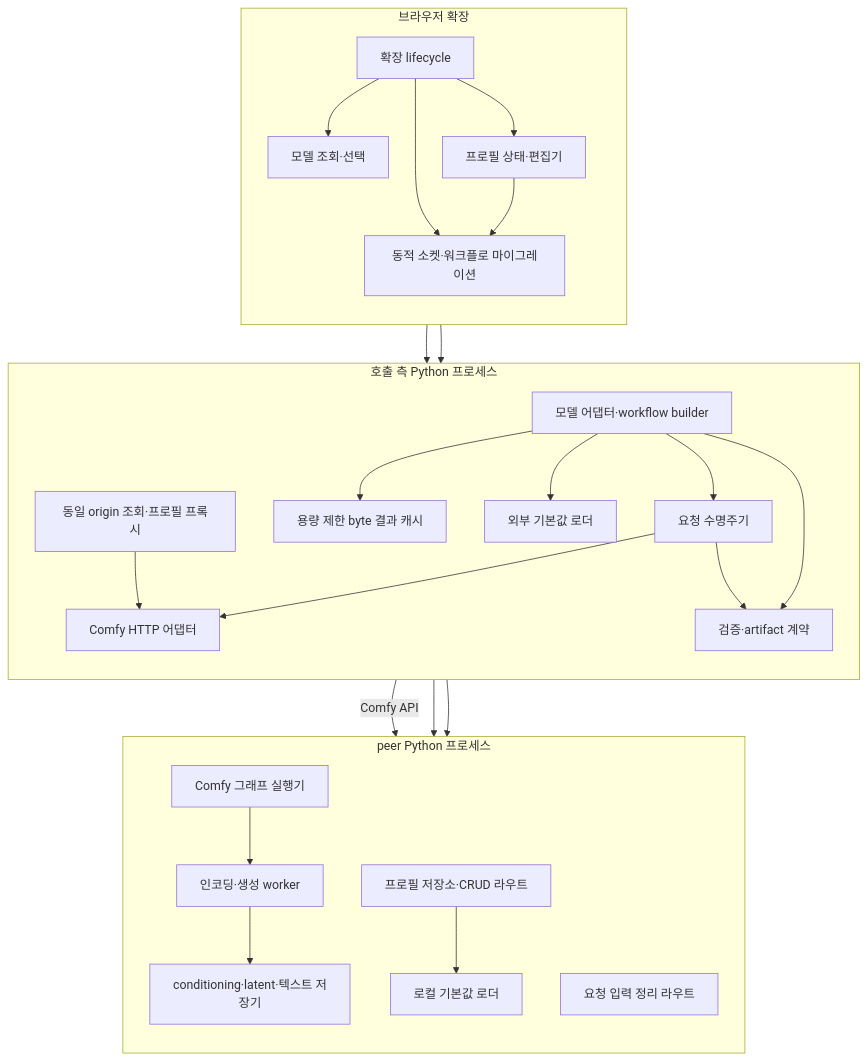
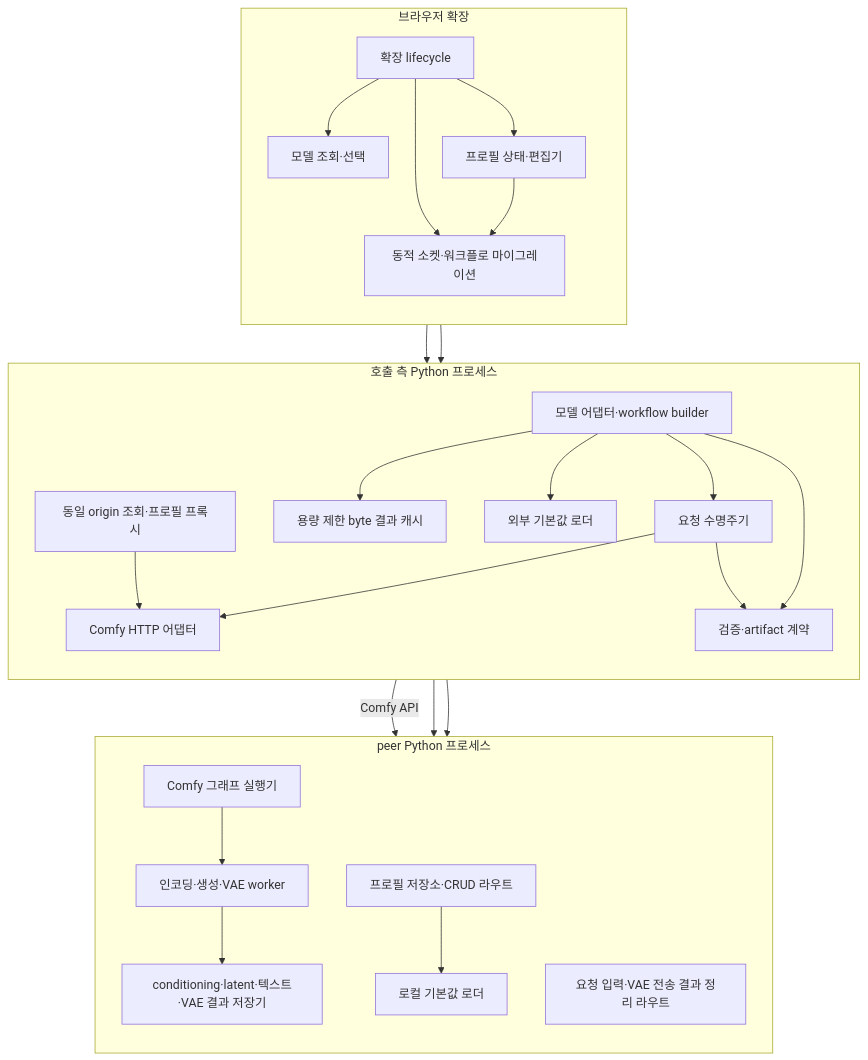
One commit to pollux-o4/RemoteWorker changed the diagram in docs/architecture/03-components.md. Above: the diagram before and after it, drawn with Mermaid. The commit also changed other lines of this file and 64 other files, not shown here.

````diff
--- a/docs/architecture/03-components.md
+++ b/docs/architecture/03-components.md
@@ -3,45 +3,45 @@
 ```mermaid
 flowchart TB
     subgraph Browser[브라우저 확장]
         direction TB
         Entry[확장 lifecycle]
         Choices[모델 조회·선택]
         Profiles[프로필 상태·편집기]
         Sockets[동적 소켓·워크플로 마이그레이션]
         Entry --> Choices
         Entry --> Profiles
         Entry --> Sockets
         Profiles --> Sockets
     end
     subgraph Caller[호출 측 Python 프로세스]
         direction TB
         Adapter[모델 어댑터·workflow builder]
         Execution[요청 수명주기]
         Transport[Comfy HTTP 어댑터]
         Protocol[검증·artifact 계약]
         Cache[용량 제한 byte 결과 캐시]
         Defaults[외부 기본값 로더]
         Adapter --> Execution --> Transport
         Adapter --> Protocol
         Adapter --> Cache
         Adapter --> Defaults
         Execution --> Protocol
         Discovery[동일 origin 조회·프로필 프록시] --> Transport
     end
     subgraph Peer[peer Python 프로세스]
         direction TB
         Host[Comfy 그래프 실행기]
-        Workers[인코딩·생성 worker]
-        IO[conditioning·latent·텍스트 저장기]
+        Workers[인코딩·생성·VAE worker]
+        IO[conditioning·latent·텍스트·VAE 결과 저장기]
         Registry[프로필 저장소·CRUD 라우트]
-        Cleanup[요청 입력 정리 라우트]
+        Cleanup[요청 입력·VAE 전송 결과 정리 라우트]
         Host --> Workers --> IO
         PeerDefaults[로컬 기본값 로더]
         Registry --> PeerDefaults
     end
     Choices --> Discovery
     Profiles --> Discovery
     Transport -->|Comfy API| Host
     Transport --> Registry
     Transport --> Cleanup
 ```
````
